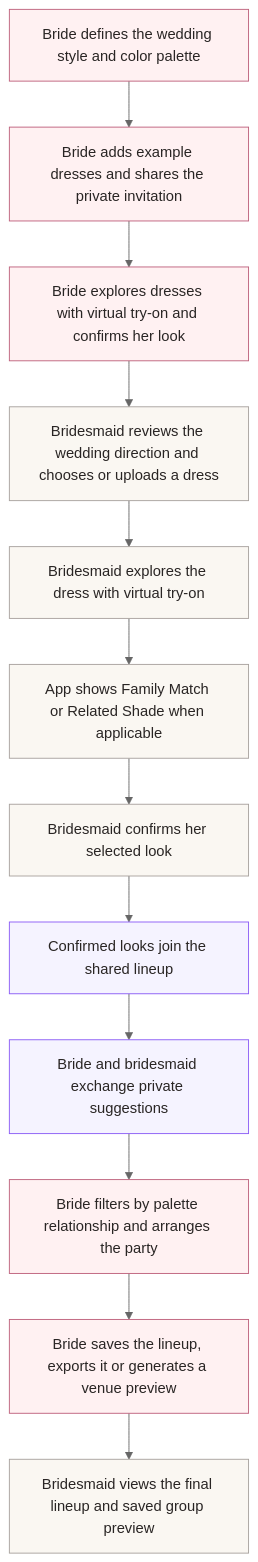
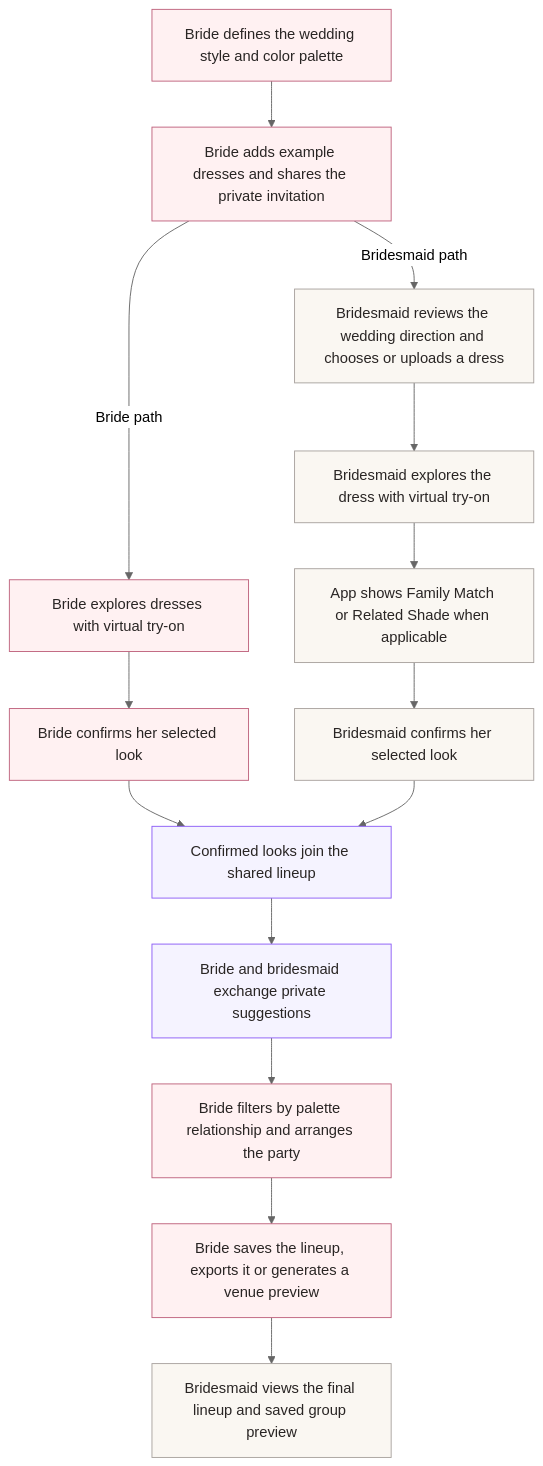
Before and after one commit to areebaaqeel-dot/vows-vibes: the diagram in README.md, drawn with Mermaid (neutral theme).

Commit message:
docs: branch and merge the user workflow

````diff
--- a/README.md
+++ b/README.md
@@ -17,22 +17,27 @@
 ```mermaid
 flowchart TB
   B1["Bride defines the wedding style and color palette"]
   B1 --> B2["Bride adds example dresses and shares the private invitation"]
-  B2 --> B3["Bride explores dresses with virtual try-on and confirms her look"]
-  B3 --> M1["Bridesmaid reviews the wedding direction and chooses or uploads a dress"]
+
+  B2 -->|Bride path| B3["Bride explores dresses with virtual try-on"]
+  B3 --> B4["Bride confirms her selected look"]
+
+  B2 -->|Bridesmaid path| M1["Bridesmaid reviews the wedding direction and chooses or uploads a dress"]
   M1 --> M2["Bridesmaid explores the dress with virtual try-on"]
   M2 --> M3["App shows Family Match or Related Shade when applicable"]
   M3 --> M4["Bridesmaid confirms her selected look"]
-  M4 --> S1["Confirmed looks join the shared lineup"]
+
+  B4 --> S1["Confirmed looks join the shared lineup"]
+  M4 --> S1
   S1 --> S2["Bride and bridesmaid exchange private suggestions"]
-  S2 --> B4["Bride filters by palette relationship and arranges the party"]
-  B4 --> B5["Bride saves the lineup, exports it or generates a venue preview"]
-  B5 --> M5["Bridesmaid views the final lineup and saved group preview"]
+  S2 --> B5["Bride filters by palette relationship and arranges the party"]
+  B5 --> B6["Bride saves the lineup, exports it or generates a venue preview"]
+  B6 --> M5["Bridesmaid views the final lineup and saved group preview"]
 
   classDef bride fill:#fff1f2,stroke:#be617c,color:#292524;
   classDef bridesmaid fill:#faf7f2,stroke:#a8a29e,color:#292524;
   classDef shared fill:#f5f3ff,stroke:#8b5cf6,color:#292524;
-  class B1,B2,B3,B4,B5 bride;
+  class B1,B2,B3,B4,B5,B6 bride;
   class M1,M2,M3,M4,M5 bridesmaid;
   class S1,S2 shared;
 ```
````
